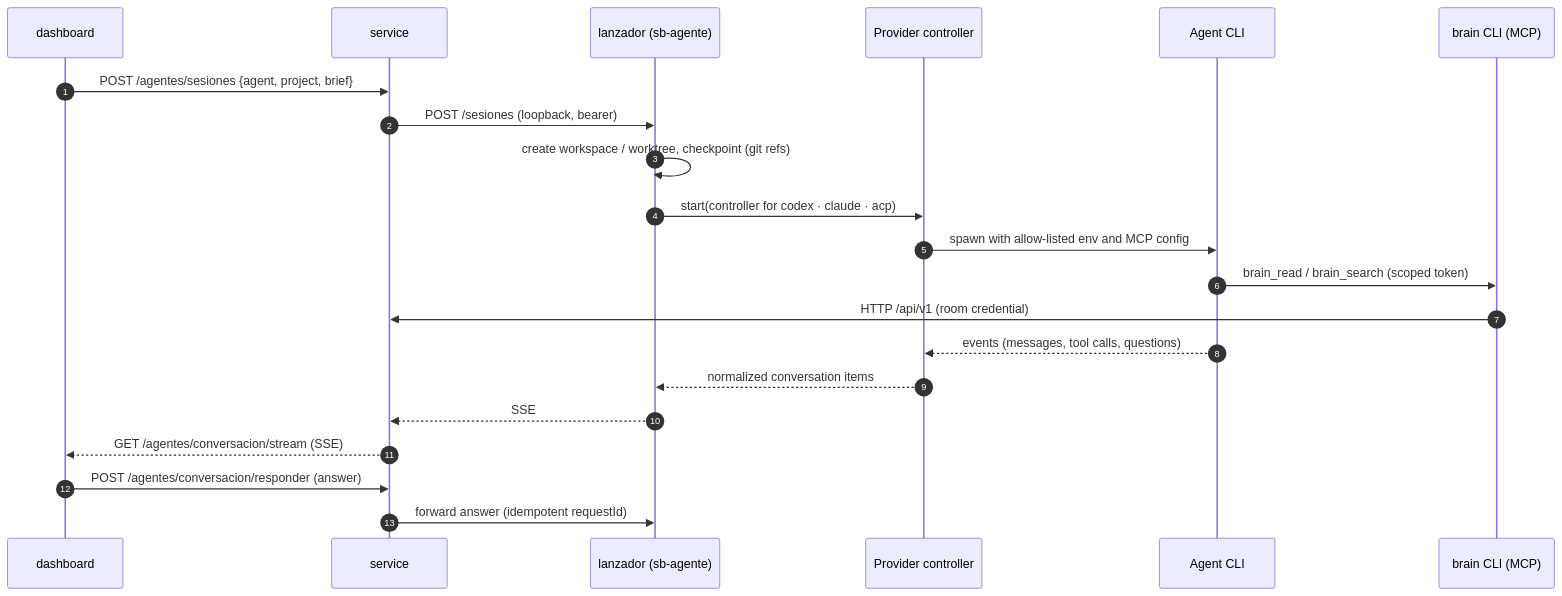
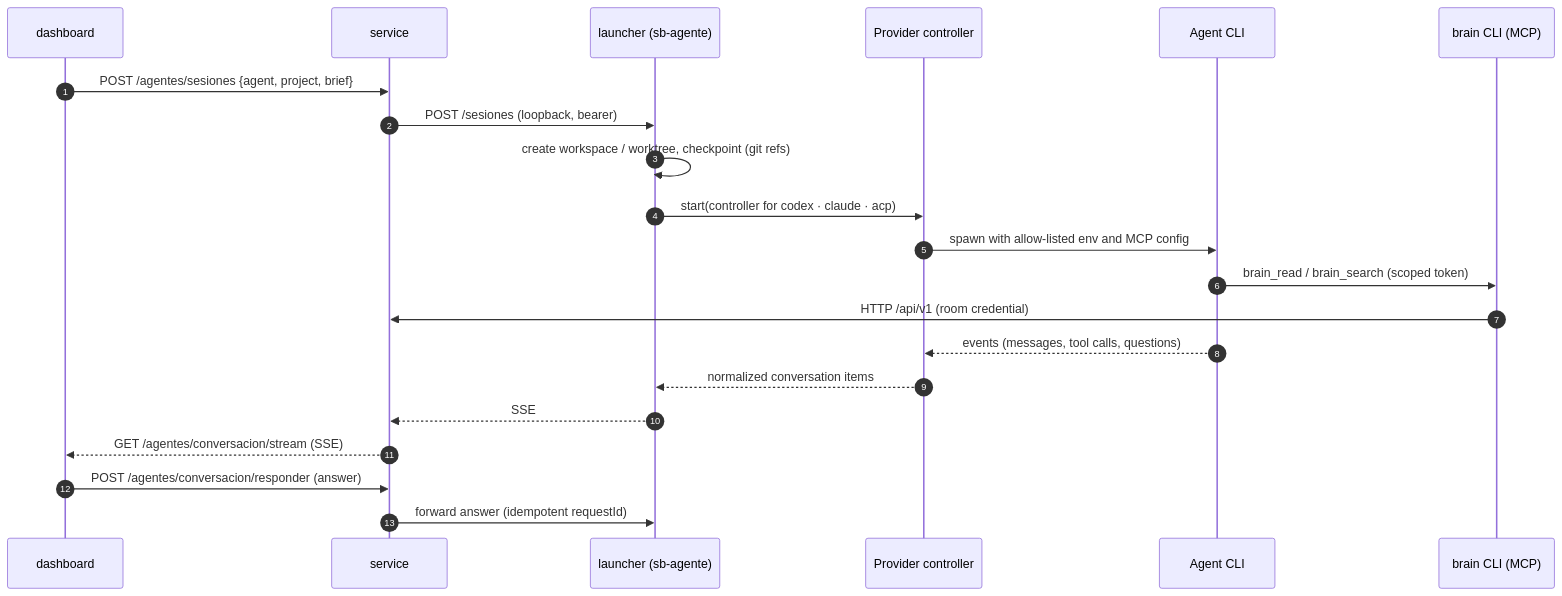
Before and after one commit to paul-jar4millo/SecondBrain: the second of 3 diagrams in docs/architecture/sequences.md, drawn with Mermaid. The commit also changed 46 other files, not shown here.

````diff
--- a/docs/architecture/sequences.md
+++ b/docs/architecture/sequences.md
@@ -41,24 +41,24 @@
 ```mermaid
 sequenceDiagram
   autonumber
   participant D as dashboard
   participant S as service
-  participant L as lanzador (sb-agente)
+  participant L as launcher (sb-agente)
   participant P as Provider controller
   participant CLI as Agent CLI
   participant M as brain CLI (MCP)
 
   D->>S: POST /agentes/sesiones {agent, project, brief}
   S->>L: POST /sesiones (loopback, bearer)
   L->>L: create workspace / worktree, checkpoint (git refs)
   L->>P: start(controller for codex · claude · acp)
   P->>CLI: spawn with allow-listed env and MCP config
   CLI->>M: brain_read / brain_search (scoped token)
   M->>S: HTTP /api/v1 (room credential)
   CLI-->>P: events (messages, tool calls, questions)
   P-->>L: normalized conversation items
   L-->>S: SSE
   S-->>D: GET /agentes/conversacion/stream (SSE)
   D->>S: POST /agentes/conversacion/responder (answer)
   S->>L: forward answer (idempotent requestId)
 ```
````
